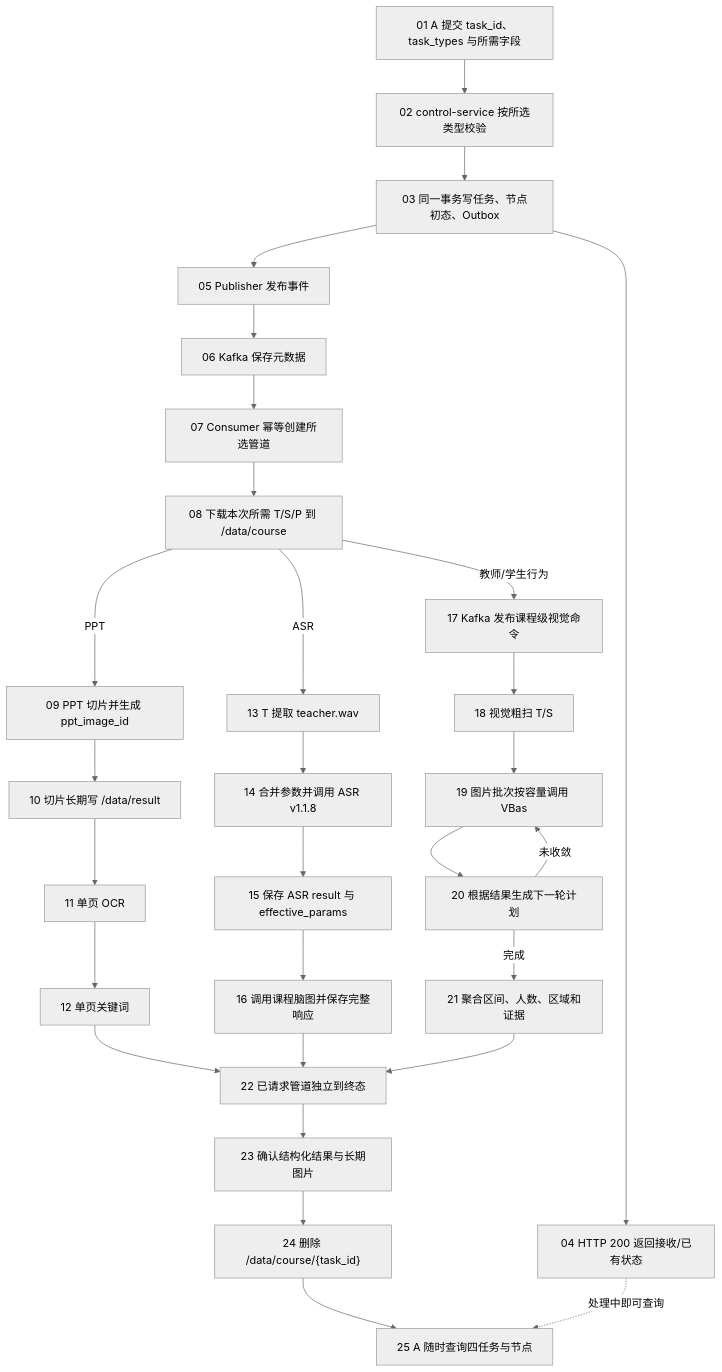
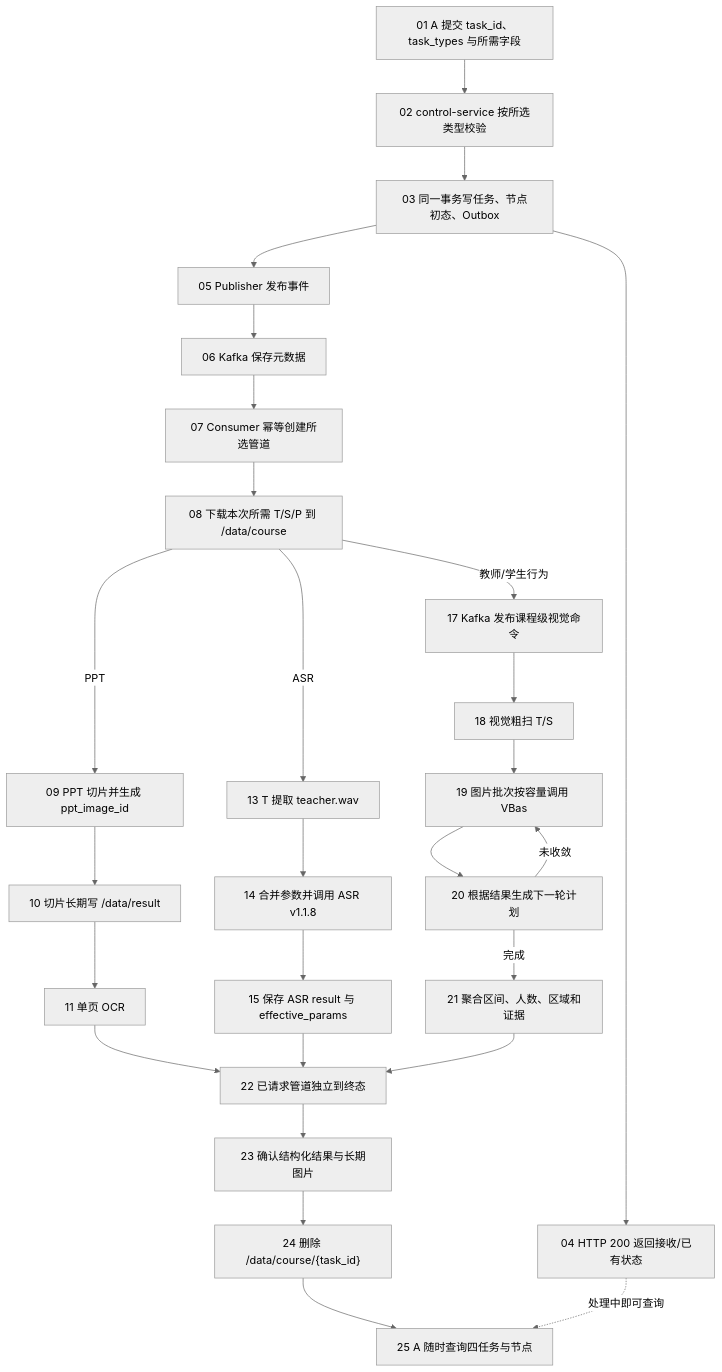
Before and after one commit to ZhangShen55/algorithm-scheduling: the eighth of 8 diagrams in docs/算法功能调度平台总体设计-v2.md, drawn with Mermaid (neutral theme). The commit also changed other lines of this file and 145 other files, not shown here.

````diff
--- a/docs/算法功能调度平台总体设计-v2.md
+++ b/docs/算法功能调度平台总体设计-v2.md
@@ -572,37 +649,35 @@
 ```mermaid
 flowchart TB
     N01["01 A 提交 task_id、task_types 与所需字段"]
     N02["02 control-service 按所选类型校验"]
     N03["03 同一事务写任务、节点初态、Outbox"]
     N04["04 HTTP 200 返回接收/已有状态"]
     N05["05 Publisher 发布事件"]
     N06["06 Kafka 保存元数据"]
     N07["07 Consumer 幂等创建所选管道"]
     N08["08 下载本次所需 T/S/P 到 /data/course"]
     P09["09 PPT 切片并生成 ppt_image_id"]
     P10["10 切片长期写 /data/result"]
     P11["11 单页 OCR"]
-    P12["12 单页关键词"]
     A13["13 T 提取 teacher.wav"]
     A14["14 合并参数并调用 ASR v1.1.8"]
     A15["15 保存 ASR result 与 effective_params"]
-    A16["16 调用课程脑图并保存完整响应"]
     V17["17 Kafka 发布课程级视觉命令"]
     V18["18 视觉粗扫 T/S"]
     V19["19 图片批次按容量调用 VBas"]
     V20["20 根据结果生成下一轮计划"]
     V21["21 聚合区间、人数、区域和证据"]
     N22["22 已请求管道独立到终态"]
     N23["23 确认结构化结果与长期图片"]
     N24["24 删除 /data/course/{task_id}"]
     N25["25 A 随时查询四任务与节点"]
     N01 --> N02 --> N03 --> N04
     N03 --> N05 --> N06 --> N07 --> N08
-    N08 -->|"PPT"| P09 --> P10 --> P11 --> P12 --> N22
-    N08 -->|"ASR"| A13 --> A14 --> A15 --> A16 --> N22
+    N08 -->|"PPT"| P09 --> P10 --> P11 --> N22
+    N08 -->|"ASR"| A13 --> A14 --> A15 --> N22
     N08 -->|"教师/学生行为"| V17 --> V18 --> V19 --> V20
     V20 -->|"未收敛"| V19
     V20 -->|"完成"| V21 --> N22
     N22 --> N23 --> N24 --> N25
     N04 -. "处理中即可查询" .-> N25
 ```
````
